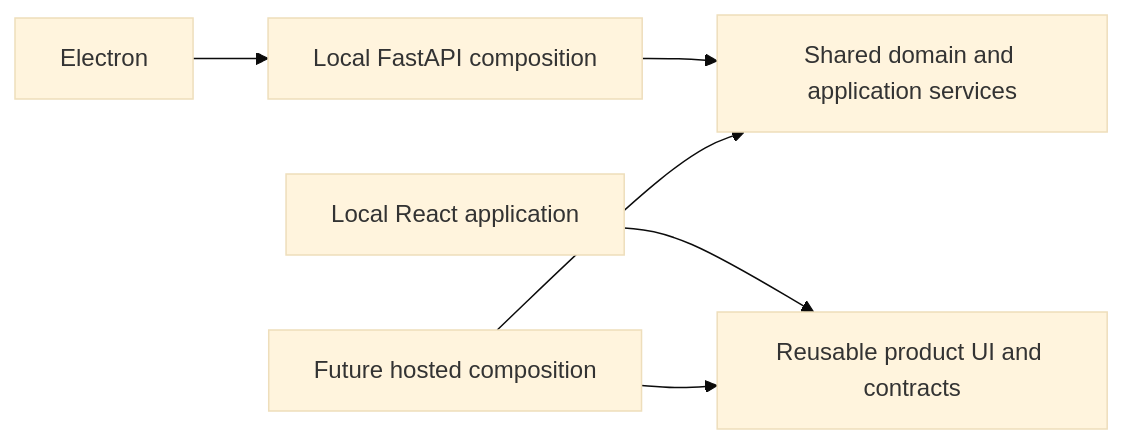
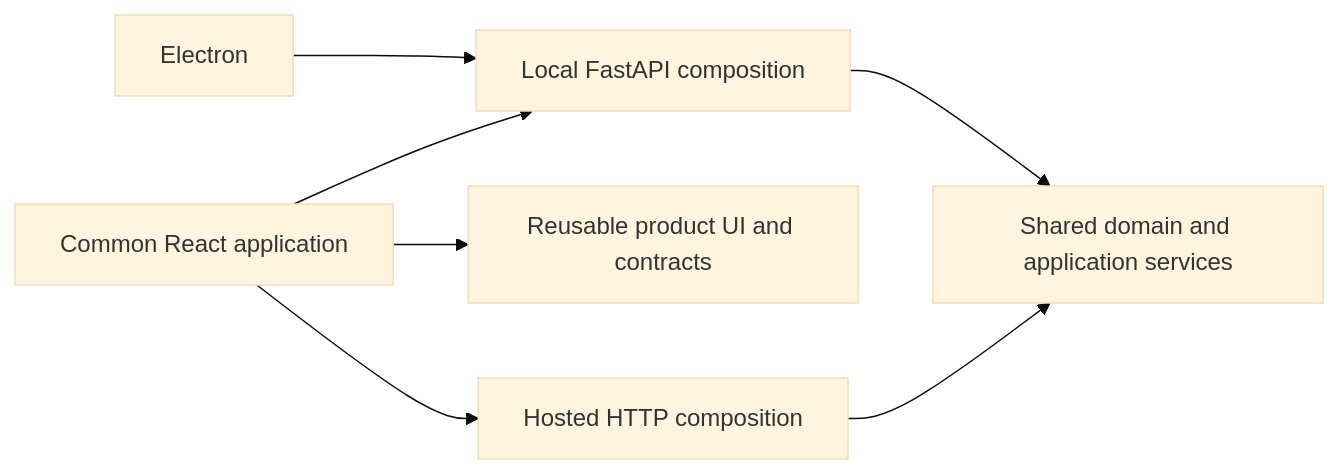
One commit to Kaus1ubh/animama changed the diagram in docs/architecture/repository-boundaries.md. Above: the diagram before and after it, drawn with Mermaid (base theme). The commit also changed other lines of this file and 6 other files, not shown here.

````diff
--- a/docs/architecture/repository-boundaries.md
+++ b/docs/architecture/repository-boundaries.md
@@ -11,8 +11,9 @@
 ```mermaid
 flowchart LR
     Desktop[Electron] --> Local[Local FastAPI composition]
     Local --> Core[Shared domain and application services]
-    Web[Local React application] --> UI[Reusable product UI and contracts]
-    Hosted[Future hosted composition] --> Core
-    Hosted --> UI
+    Web[Common React application] --> UI[Reusable product UI and contracts]
+    Web --> Local
+    Web --> Hosted[Hosted HTTP composition]
+    Hosted --> Core
 ```
````
